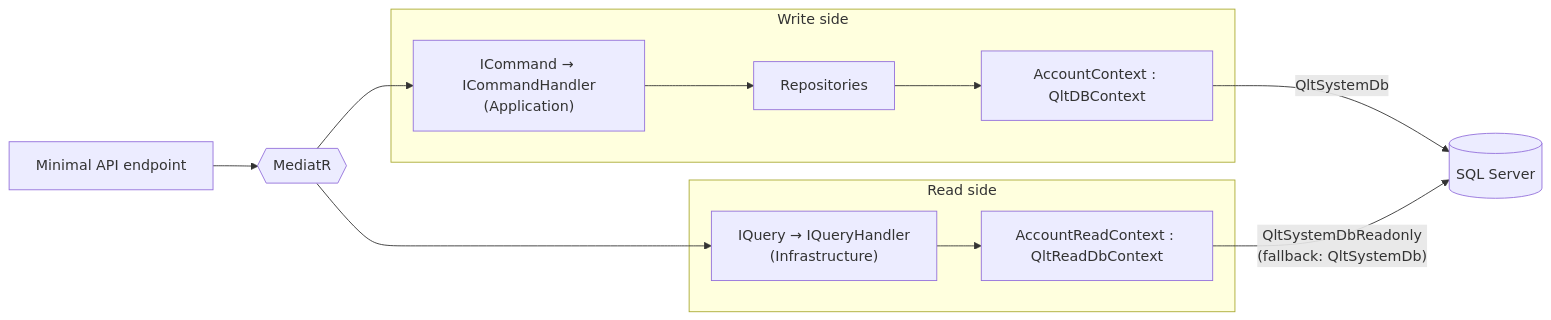
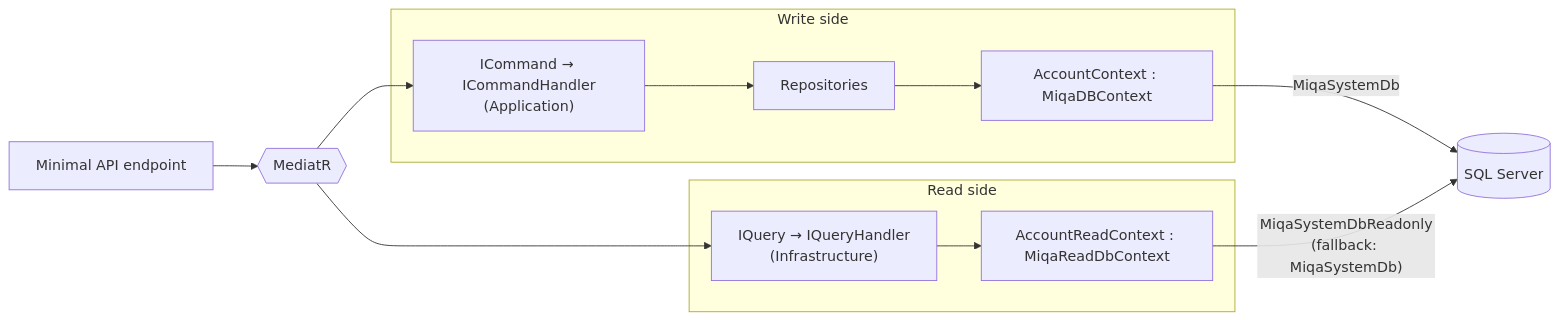
Before and after one commit to miquelalcaraz/Labs.ServicePlatform: the diagram in docs/architecture/08-cqrs-read-model.md, drawn with Mermaid. The commit also changed other lines of this file and 1114 other files, not shown here.

Commit message:
refactor: rename namespaces from Qlt to Miqa

````diff
--- a/docs/architecture/08-cqrs-read-model.md
+++ b/docs/architecture/08-cqrs-read-model.md
@@ -10,17 +10,17 @@
 ```mermaid
 flowchart LR
     API["Minimal API endpoint"] --> MED{{"MediatR"}}
 
     subgraph WRITE["Write side"]
-        CMD["ICommand → ICommandHandler<br/>(Application)"] --> REPO["Repositories"] --> WCTX["AccountContext : QltDBContext"]
+        CMD["ICommand → ICommandHandler<br/>(Application)"] --> REPO["Repositories"] --> WCTX["AccountContext : MiqaDBContext"]
     end
 
     subgraph READ["Read side"]
-        QRY["IQuery → IQueryHandler<br/>(Infrastructure)"] --> RCTX["AccountReadContext : QltReadDbContext"]
+        QRY["IQuery → IQueryHandler<br/>(Infrastructure)"] --> RCTX["AccountReadContext : MiqaReadDbContext"]
     end
 
     MED --> CMD
     MED --> QRY
-    WCTX -- "QltSystemDb" --> DB[("SQL Server")]
-    RCTX -- "QltSystemDbReadonly<br/>(fallback: QltSystemDb)" --> DB
+    WCTX -- "MiqaSystemDb" --> DB[("SQL Server")]
+    RCTX -- "MiqaSystemDbReadonly<br/>(fallback: MiqaSystemDb)" --> DB
 ```
````
